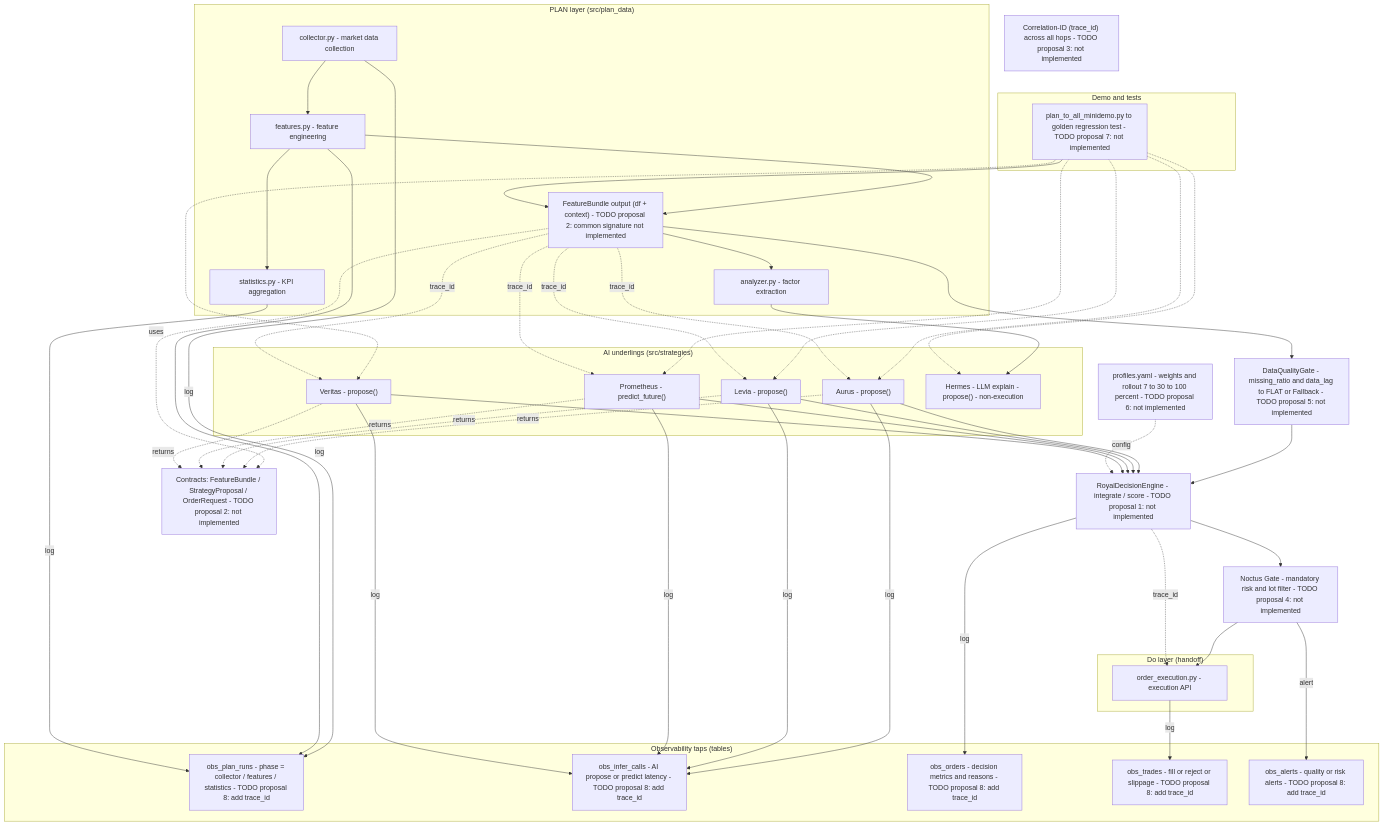
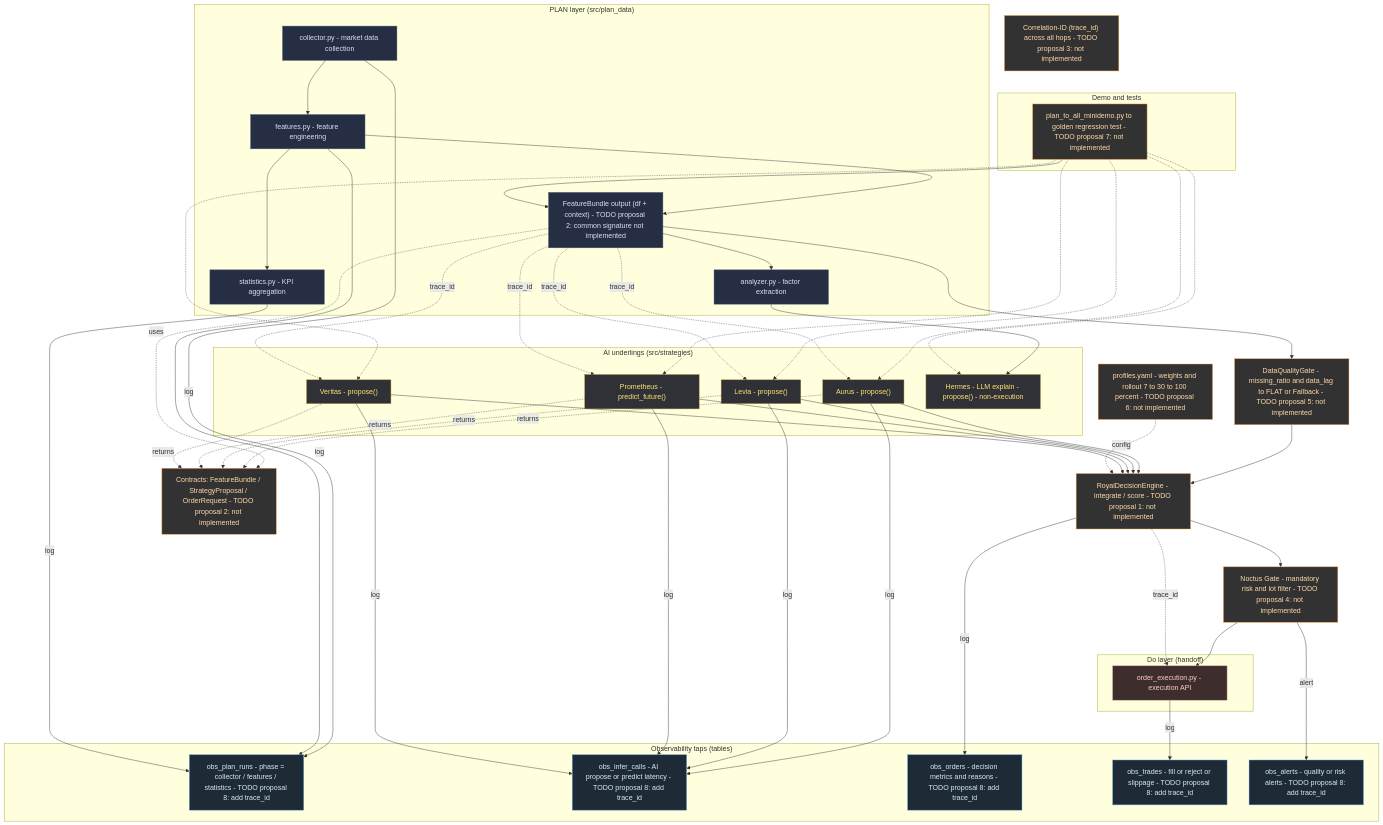
The diagram in docs/architecture/diagrams/plan_layer.mmd (Noctria/noctria_kingdom), drawn with Mermaid before and after one commit.

```diff
--- a/docs/architecture/diagrams/plan_layer.mmd
+++ b/docs/architecture/diagrams/plan_layer.mmd
@@ -1,97 +1,111 @@
 graph TD
 
-%% ======= PLAN layer =======
+%% ====== styles (GitHub-safe) ======
+classDef plan fill:#262e44,stroke:#47617a,color:#d8e0f7;
+classDef ai fill:#2f3136,stroke:#a97e2c,color:#ffe476;
+classDef do fill:#3d2d2d,stroke:#cc9999,color:#ffcccc;
+classDef todo fill:#323232,stroke:#ff9f43,color:#ffd8a8;
+classDef obs fill:#1e2a36,stroke:#5dade2,color:#d6eaf8;
+
+%% ====== PLAN layer ======
 subgraph PLAN ["PLAN layer (src/plan_data)"]
   COLLECT["collector.py - market data collection"]
   FEATURES["features.py - feature engineering"]
   FEATDF["FeatureBundle output (df + context) - TODO proposal 2: common signature not implemented"]
   ANALYZER["analyzer.py - factor extraction"]
   STATS["statistics.py - KPI aggregation"]
 end
 
-%% ======= AI underlings (Hermes is non-execution) =======
+%% ====== AI underlings (Hermes is non-execution) ======
 subgraph AI_UNDERLINGS ["AI underlings (src/strategies)"]
   AURUS["Aurus - propose()"]
   LEVIA["Levia - propose()"]
   PROM["Prometheus - predict_future()"]
   VERITAS["Veritas - propose()"]
   HERMES["Hermes - LLM explain - propose() - non-execution"]
 end
 
-%% ======= Decision integration & risk gate (not implemented) =======
+%% ====== Decision integration & risk gate (not implemented) ======
 DECISION["RoyalDecisionEngine - integrate / score - TODO proposal 1: not implemented"]
 NOCTUSGATE["Noctus Gate - mandatory risk and lot filter - TODO proposal 4: not implemented"]
 QUALITY["DataQualityGate - missing_ratio and data_lag to FLAT or Fallback - TODO proposal 5: not implemented"]
 PROFILES["profiles.yaml - weights and rollout 7 to 30 to 100 percent - TODO proposal 6: not implemented"]
 CONTRACTS["Contracts: FeatureBundle / StrategyProposal / OrderRequest - TODO proposal 2: not implemented"]
 TRACEID["Correlation-ID (trace_id) across all hops - TODO proposal 3: not implemented"]
 
-%% ======= Do layer (handoff) =======
+%% ====== Do layer (handoff) ======
 subgraph DO_LAYER ["Do layer (handoff)"]
   ORDER["order_execution.py - execution API"]
 end
 
-%% ======= Demo / tests (not implemented) =======
+%% ====== Demo / tests (not implemented) ======
 subgraph DEMO ["Demo and tests"]
   GOLDEN["plan_to_all_minidemo.py to golden regression test - TODO proposal 7: not implemented"]
 end
 
-%% ======= Observability taps (not implemented) =======
+%% ====== Observability taps (not implemented) ======
 subgraph OBS ["Observability taps (tables)"]
   OBS_PLAN["obs_plan_runs - phase = collector / features / statistics - TODO proposal 8: add trace_id"]
   OBS_INFER["obs_infer_calls - AI propose or predict latency - TODO proposal 8: add trace_id"]
   OBS_ORD["obs_orders - decision metrics and reasons - TODO proposal 8: add trace_id"]
   OBS_TRD["obs_trades - fill or reject or slippage - TODO proposal 8: add trace_id"]
   OBS_ALT["obs_alerts - quality or risk alerts - TODO proposal 8: add trace_id"]
 end
 
-%% ======= PLAN flow =======
+%% ====== PLAN flow ======
 COLLECT --> FEATURES --> STATS
 FEATURES --> FEATDF
 FEATDF --> ANALYZER
 ANALYZER --> HERMES
 
-%% ======= Contracts (not implemented) =======
+%% ====== Contracts (not implemented) ======
 FEATDF -. uses .-> CONTRACTS
 AURUS -. returns .-> CONTRACTS
 LEVIA -. returns .-> CONTRACTS
 PROM  -. returns .-> CONTRACTS
 VERITAS -. returns .-> CONTRACTS
 
-%% ======= Decision integration path (not implemented) =======
+%% ====== Decision integration path (not implemented) ======
 FEATDF --> QUALITY
 QUALITY --> DECISION
 AURUS --> DECISION
 LEVIA --> DECISION
 PROM  --> DECISION
 VERITAS --> DECISION
 PROFILES -. config .-> DECISION
 DECISION --> NOCTUSGATE
 NOCTUSGATE --> ORDER
 
-%% ======= Demo edges =======
+%% ====== Demo edges ======
 GOLDEN --> FEATDF
 GOLDEN -.-> AURUS
 GOLDEN -.-> LEVIA
 GOLDEN -.-> PROM
 GOLDEN -.-> VERITAS
 GOLDEN -.-> HERMES
 
-%% ======= Observability taps =======
+%% ====== Observability taps ======
 COLLECT  -->|log| OBS_PLAN
 FEATURES -->|log| OBS_PLAN
 STATS    -->|log| OBS_PLAN
 AURUS    -->|log| OBS_INFER
 LEVIA    -->|log| OBS_INFER
 PROM     -->|log| OBS_INFER
 VERITAS  -->|log| OBS_INFER
 DECISION -->|log| OBS_ORD
 NOCTUSGATE -->|alert| OBS_ALT
 ORDER    -->|log| OBS_TRD
 
-%% ======= trace_id notes (not implemented) =======
+%% ====== trace_id notes (not implemented) ======
 FEATDF -. trace_id .-> AURUS
 FEATDF -. trace_id .-> LEVIA
 FEATDF -. trace_id .-> PROM
 FEATDF -. trace_id .-> VERITAS
 DECISION -. trace_id .-> ORDER
+
+%% ====== class bindings ======
+class COLLECT,FEATURES,FEATDF,ANALYZER,STATS plan;
+class AURUS,LEVIA,PROM,VERITAS,HERMES ai;
+class ORDER do;
+class DECISION,NOCTUSGATE,QUALITY,PROFILES,CONTRACTS,TRACEID,GOLDEN todo;
+class OBS_PLAN,OBS_INFER,OBS_ORD,OBS_TRD,OBS_ALT obs;
```
